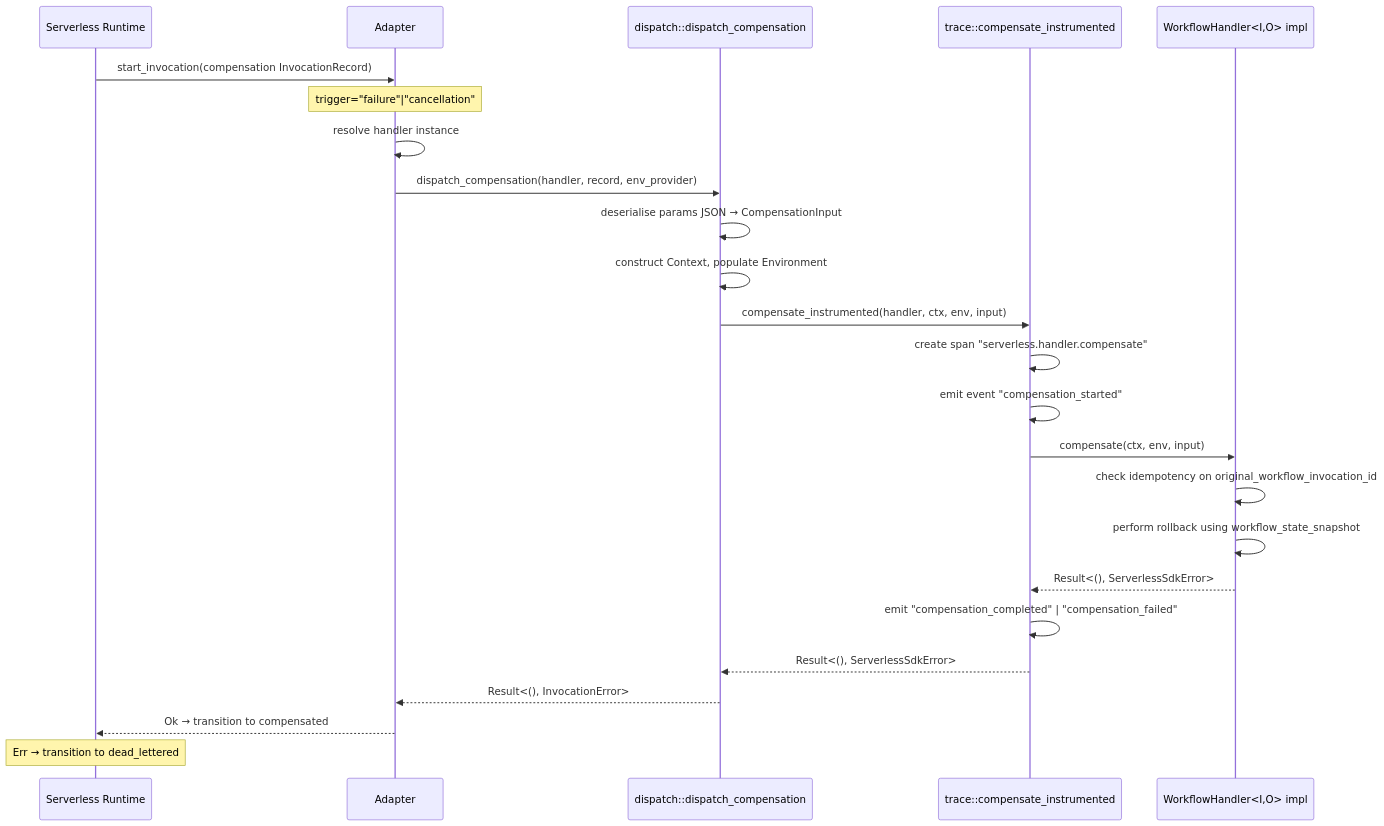
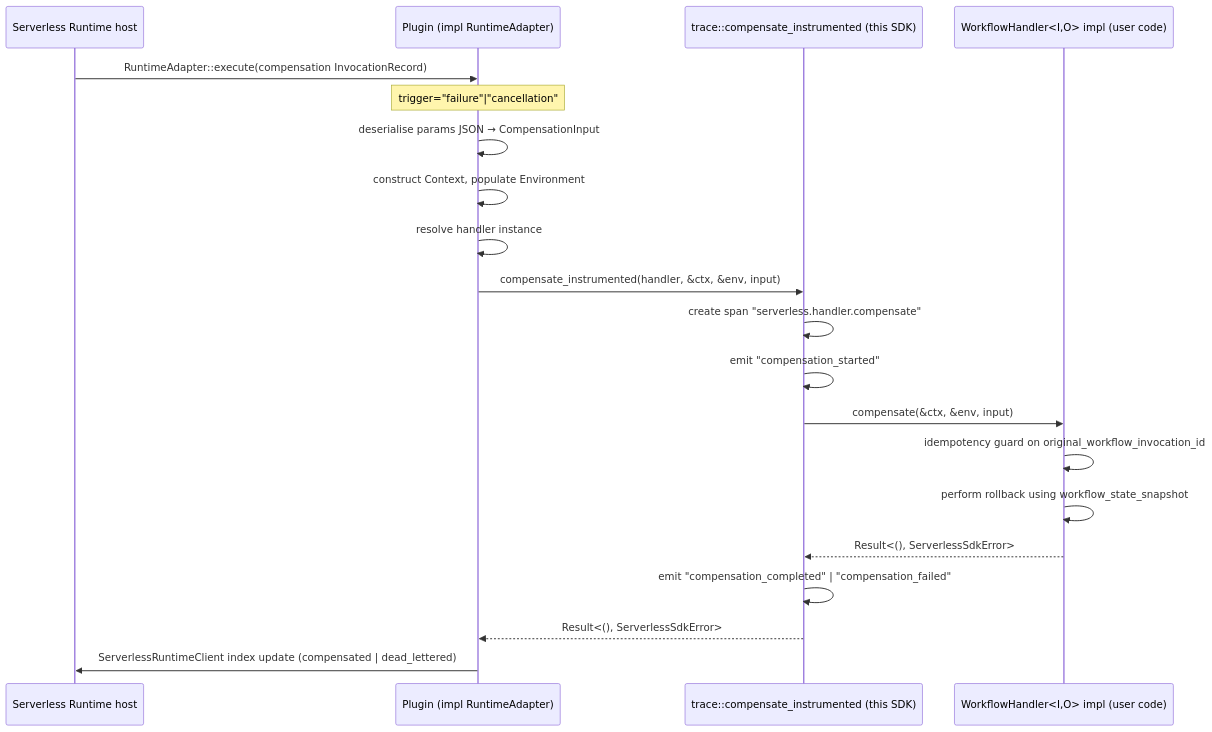
The fourth of 4 diagrams in modules/serverless-runtime/serverless-sdk/docs/DESIGN.md (vgprod/cyberfabric-core), drawn with Mermaid before and after one commit. The commit also changed other lines of this file and 1 other file, not shown here.

Commit message:
docs(serverless-sdk): align with preferred thin-host / fat-plugin approach

````diff
--- a/modules/serverless-runtime/serverless-sdk/docs/DESIGN.md
+++ b/modules/serverless-runtime/serverless-sdk/docs/DESIGN.md
@@ -688,27 +754,23 @@
 ```mermaid
 sequenceDiagram
-    participant R as Serverless Runtime
-    participant A as Adapter
-    participant D as dispatch::dispatch_compensation
-    participant T as trace::compensate_instrumented
-    participant W as WorkflowHandler<I,O> impl
+    participant R as Serverless Runtime host
+    participant A as Plugin (impl RuntimeAdapter)
+    participant T as trace::compensate_instrumented (this SDK)
+    participant W as WorkflowHandler<I,O> impl (user code)
 
-    R->>A: start_invocation(compensation InvocationRecord)
+    R->>A: RuntimeAdapter::execute(compensation InvocationRecord)
     note over A: trigger="failure"|"cancellation"
+    A->>A: deserialise params JSON → CompensationInput
+    A->>A: construct Context, populate Environment
     A->>A: resolve handler instance
-    A->>D: dispatch_compensation(handler, record, env_provider)
-    D->>D: deserialise params JSON → CompensationInput
-    D->>D: construct Context, populate Environment
-    D->>T: compensate_instrumented(handler, ctx, env, input)
+    A->>T: compensate_instrumented(handler, &ctx, &env, input)
     T->>T: create span "serverless.handler.compensate"
-    T->>T: emit event "compensation_started"
-    T->>W: compensate(ctx, env, input)
-    W->>W: check idempotency on original_workflow_invocation_id
+    T->>T: emit "compensation_started"
+    T->>W: compensate(&ctx, &env, input)
+    W->>W: idempotency guard on original_workflow_invocation_id
     W->>W: perform rollback using workflow_state_snapshot
     W-->>T: Result<(), ServerlessSdkError>
     T->>T: emit "compensation_completed" | "compensation_failed"
-    T-->>D: Result<(), ServerlessSdkError>
-    D-->>A: Result<(), InvocationError>
-    A-->>R: Ok → transition to compensated
-    note over R: Err → transition to dead_lettered
+    T-->>A: Result<(), ServerlessSdkError>
+    A->>R: ServerlessRuntimeClient index update (compensated | dead_lettered)
 ```
````
